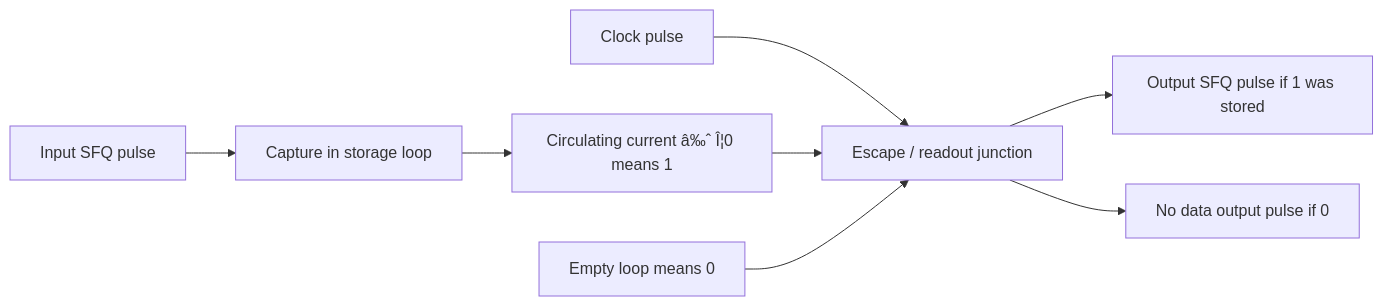
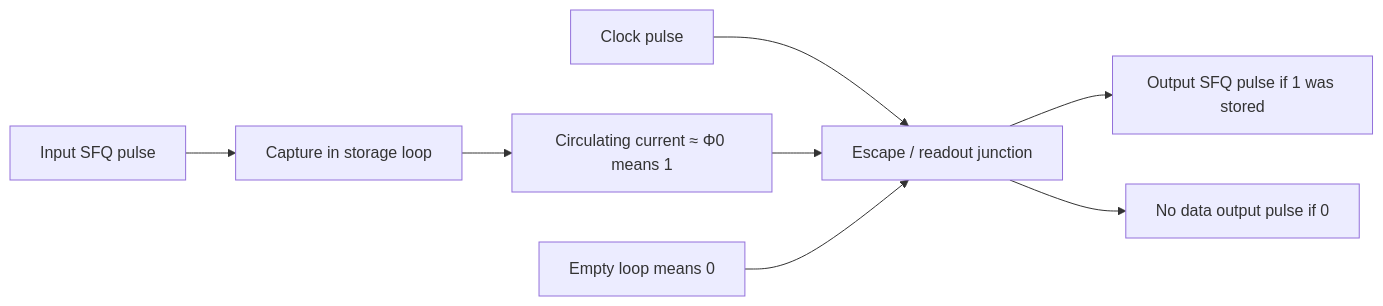
The first of 2 diagrams in docs/bridge/pulse-to-logic-state.md (Single-Flux-Quantum/sfq-learn-public), drawn with Mermaid before and after one commit. The commit also changed other lines of this file and 39 other files, not shown here.

````diff
--- a/docs/bridge/pulse-to-logic-state.md
+++ b/docs/bridge/pulse-to-logic-state.md
@@ -68,10 +68,10 @@
 ```mermaid
 flowchart LR
   In[Input SFQ pulse] --> Capture[Capture in storage loop]
-  Capture --> Stored[Circulating current â‰ˆ Î¦0 means 1]
+  Capture --> Stored[Circulating current ≈ Φ0 means 1]
   Clock[Clock pulse] --> Read[Escape / readout junction]
   Stored --> Read
   Read --> Out[Output SFQ pulse if 1 was stored]
   Empty[Empty loop means 0] --> Read
   Read --> Quiet[No data output pulse if 0]
 ```
````
